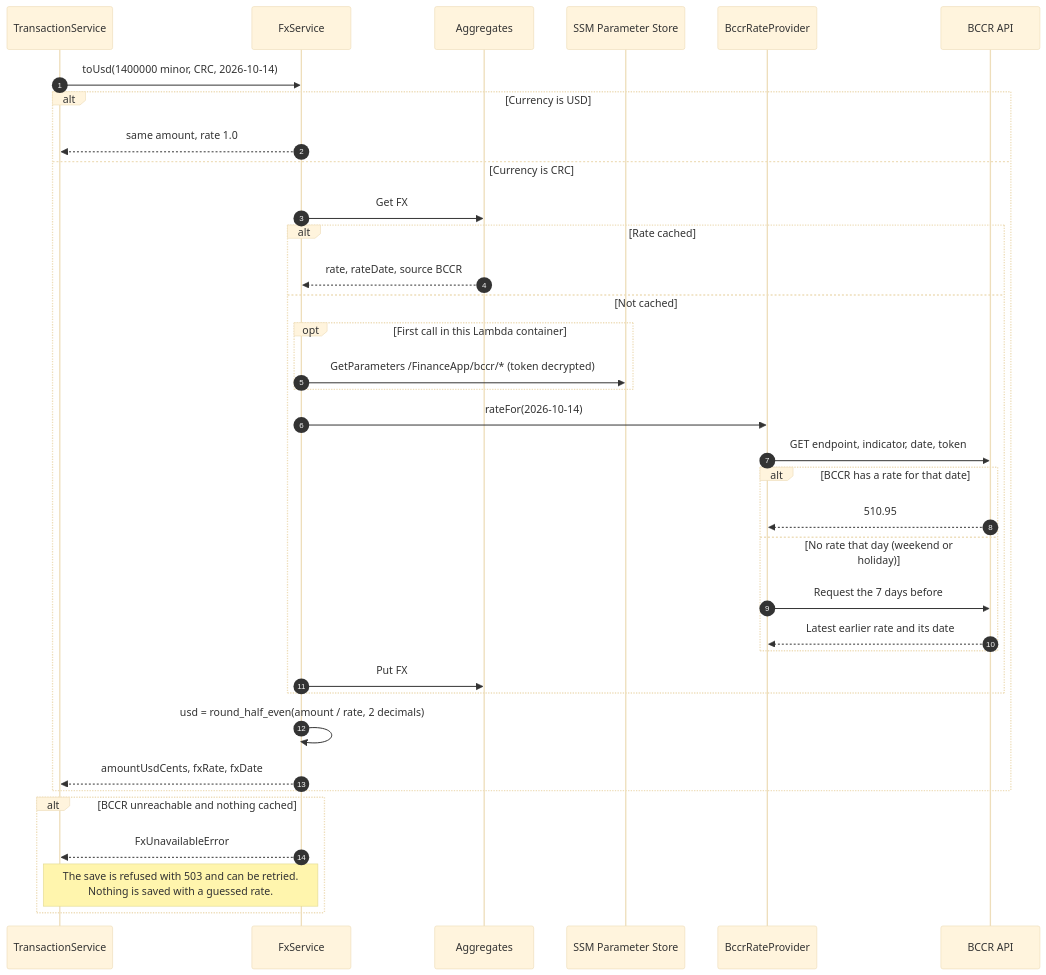
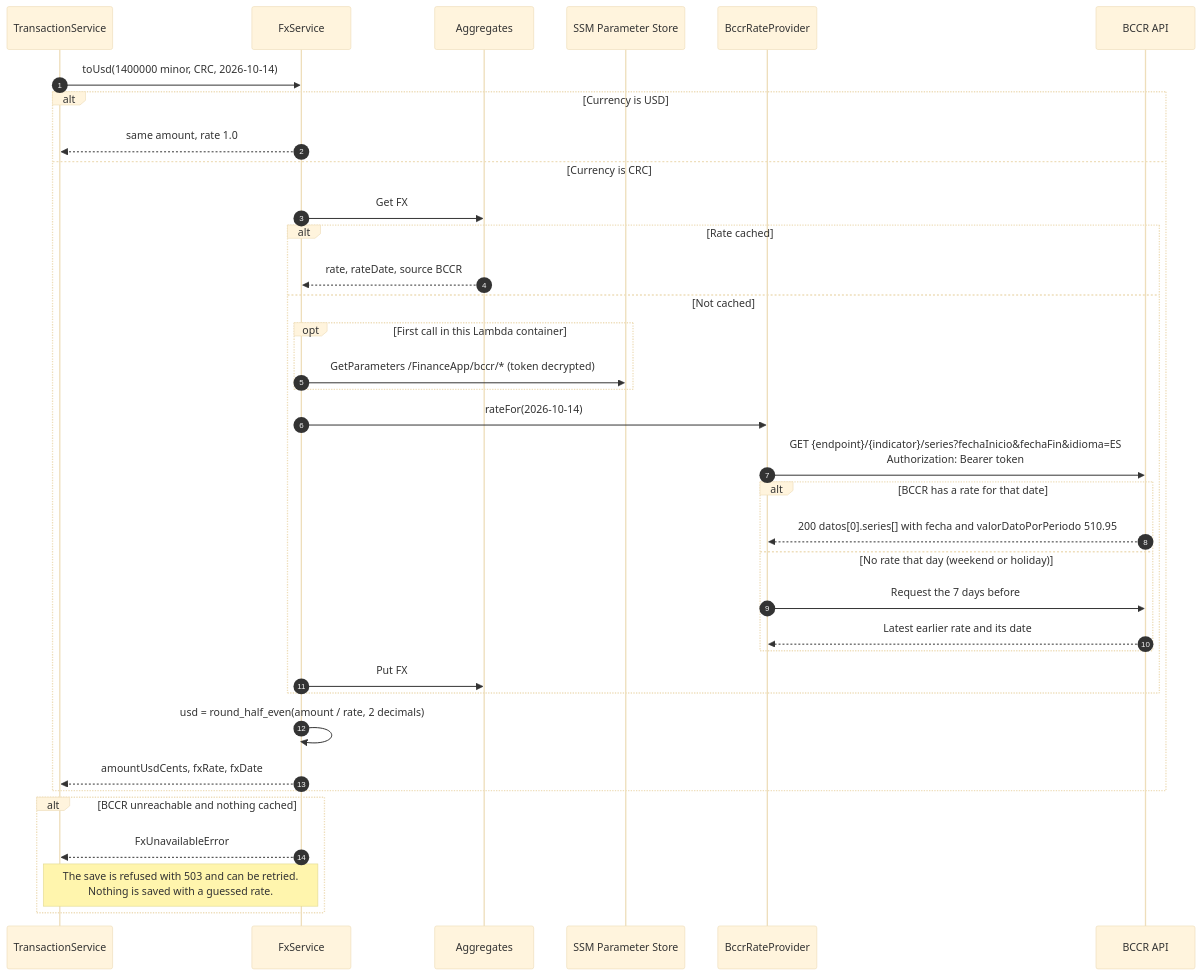
The second of 3 diagrams in docs/diagrams/sequences/05-multi-currency-and-roles.md (Ezequiel294/cs3365-finance-app), drawn with Mermaid (base theme) before and after one commit. The commit also changed 1 other file, not shown here.

Commit message:
added BCCR request header and response format
- sequences/05: BCCR call shows the URL, Authorization: Bearer header, and response fields
- class-diagram: BccrRateProvider sends the bearer token and parses datos[0].series

````diff
--- a/docs/diagrams/sequences/05-multi-currency-and-roles.md
+++ b/docs/diagrams/sequences/05-multi-currency-and-roles.md
@@ -49,39 +49,39 @@
 ```mermaid
 sequenceDiagram
     autonumber
     participant TS as TransactionService
     participant Fx as FxService
     participant Agg as Aggregates
     participant SSM as SSM Parameter Store
     participant RP as BccrRateProvider
     participant BCCR as BCCR API
 
     TS->>Fx: toUsd(1400000 minor, CRC, 2026-10-14)
     alt Currency is USD
         Fx-->>TS: same amount, rate 1.0
     else Currency is CRC
         Fx->>Agg: Get FX#USD-CRC#2026-10-14
         alt Rate cached
             Agg-->>Fx: rate, rateDate, source BCCR
         else Not cached
             opt First call in this Lambda container
                 Fx->>SSM: GetParameters /FinanceApp/bccr/* (token decrypted)
             end
             Fx->>RP: rateFor(2026-10-14)
-            RP->>BCCR: GET endpoint, indicator, date, token
+            RP->>BCCR: GET {endpoint}/{indicator}/series?fechaInicio&fechaFin&idioma=ES<br/>Authorization: Bearer token
             alt BCCR has a rate for that date
-                BCCR-->>RP: 510.95
+                BCCR-->>RP: 200 datos[0].series[] with fecha and valorDatoPorPeriodo 510.95
             else No rate that day (weekend or holiday)
                 RP->>BCCR: Request the 7 days before
                 BCCR-->>RP: Latest earlier rate and its date
             end
             Fx->>Agg: Put FX#USD-CRC#2026-10-14 (rate, rateDate, source)
         end
         Fx->>Fx: usd = round_half_even(amount / rate, 2 decimals)
         Fx-->>TS: amountUsdCents, fxRate, fxDate
     end
     alt BCCR unreachable and nothing cached
         Fx-->>TS: FxUnavailableError
         Note over TS,Fx: The save is refused with 503 and can be retried.<br/>Nothing is saved with a guessed rate.
     end
 ```
````
